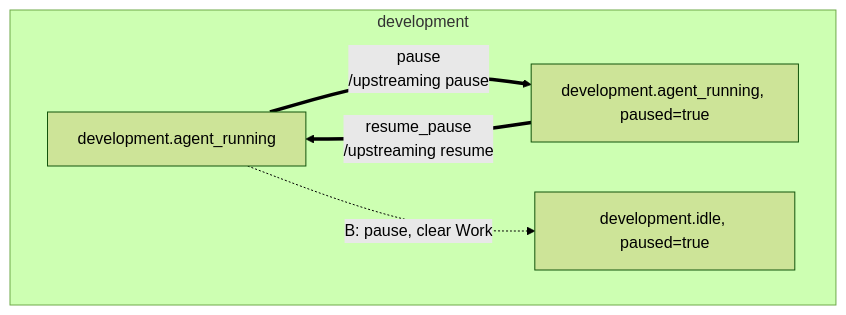
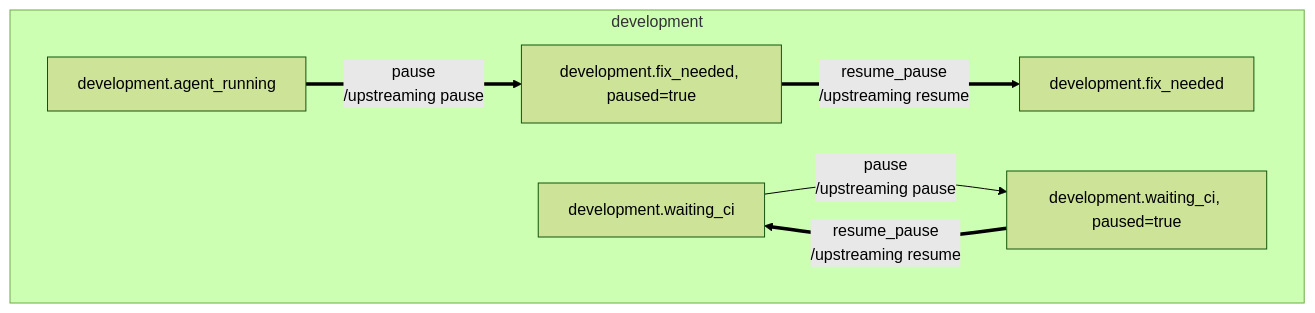
One commit to riseproject-dev/porting-agent changed the first of 52 diagrams in docs/state-machine/decisions.md. Above: the diagram before and after it, drawn with Mermaid (forest theme). The commit also changed other lines of this file and 9 other files, not shown here.

````diff
--- a/docs/state-machine/decisions.md
+++ b/docs/state-machine/decisions.md
@@ -32,12 +43,15 @@
 ```mermaid
 flowchart TB
     subgraph development["development"]
         development_agent_running["development.agent_running"]
-        development_agent_running_paused["development.agent_running, paused=true"]
-        development_idle_paused["development.idle, paused=true"]
+        development_fix_needed_paused["development.fix_needed, paused=true"]
+        development_fix_needed["development.fix_needed"]
+        development_waiting_ci["development.waiting_ci"]
+        development_waiting_ci_paused["development.waiting_ci, paused=true"]
     end
 
-    development_agent_running ==>|pause<br/>/upstreaming pause| development_agent_running_paused
-    development_agent_running_paused ==>|resume_pause<br/>/upstreaming resume| development_agent_running
-    development_agent_running -.->|"B: pause, clear Work"| development_idle_paused
+    development_agent_running ==>|pause<br/>/upstreaming pause| development_fix_needed_paused
+    development_fix_needed_paused ==>|resume_pause<br/>/upstreaming resume| development_fix_needed
+    development_waiting_ci -->|pause<br/>/upstreaming pause| development_waiting_ci_paused
+    development_waiting_ci_paused ==>|resume_pause<br/>/upstreaming resume| development_waiting_ci
 ```
````
